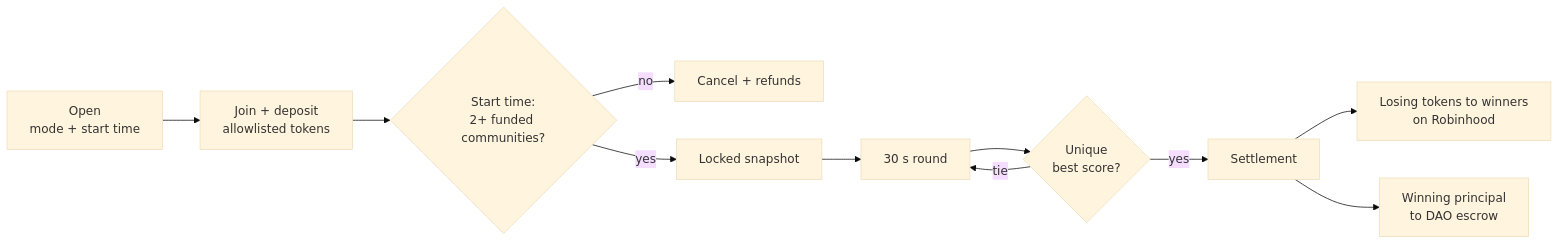
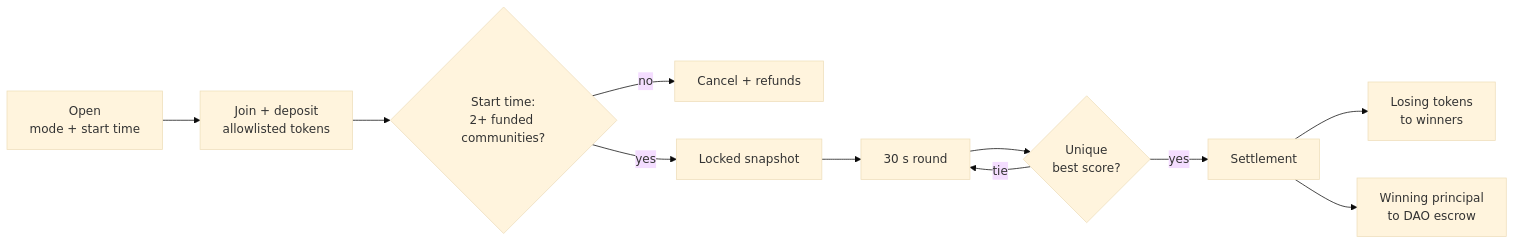
One commit to mferdinandr/valtrums changed the first of 2 diagrams in README.md. Above: the diagram before and after it, drawn with Mermaid (base theme). The commit also changed other lines of this file, not shown here.

Commit message:
docs: update the readme for the near-only flow

````diff
--- a/README.md
+++ b/README.md
@@ -77,13 +77,13 @@
 ```mermaid
 flowchart LR
     A["Open<br/>mode + start time"] --> B["Join + deposit<br/>allowlisted tokens"]
     B --> C{"Start time:<br/>2+ funded communities?"}
     C -- "no" --> X["Cancel + refunds"]
     C -- "yes" --> D["Locked snapshot"]
     D --> E["30 s round"]
     E --> F{"Unique<br/>best score?"}
     F -- "tie" --> E
     F -- "yes" --> G["Settlement"]
-    G --> H["Losing tokens to winners<br/>on Robinhood"]
+    G --> H["Losing tokens<br/>to winners"]
     G --> I["Winning principal<br/>to DAO escrow"]
 ```
````
